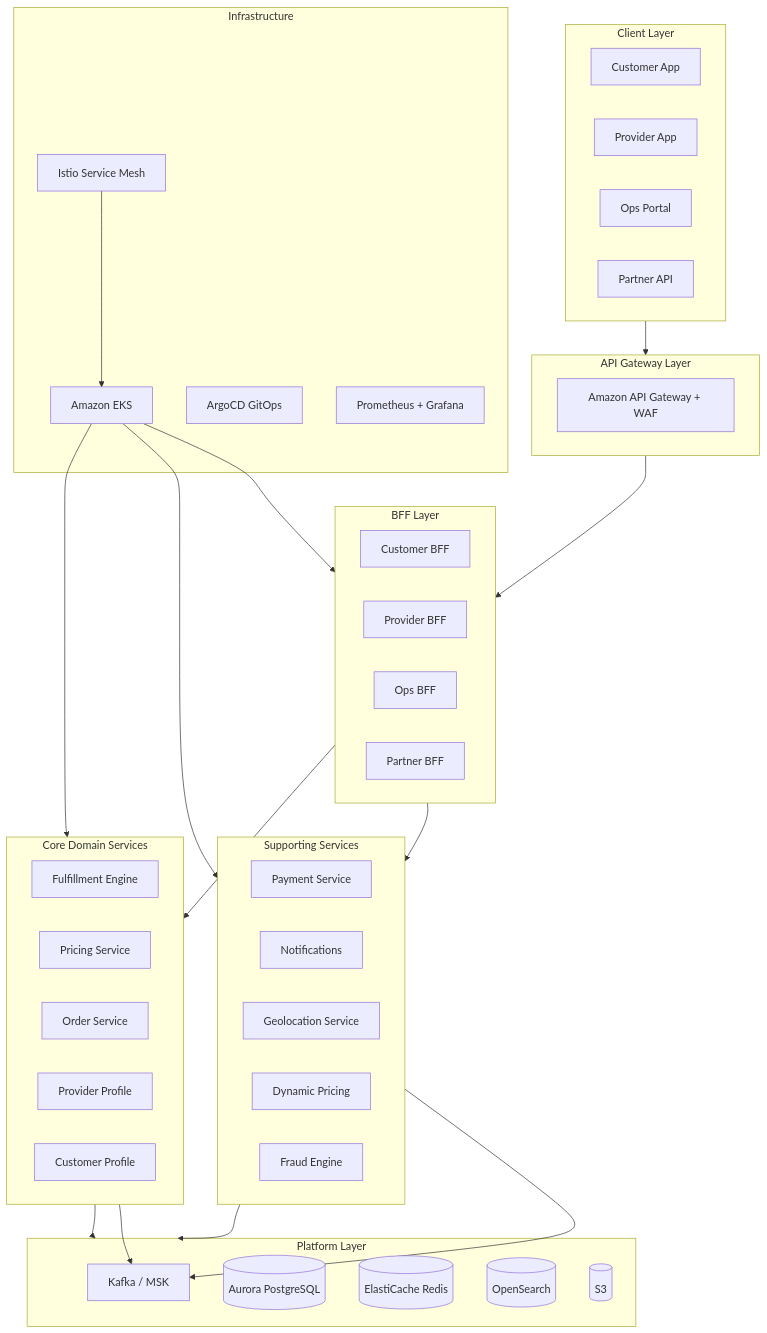
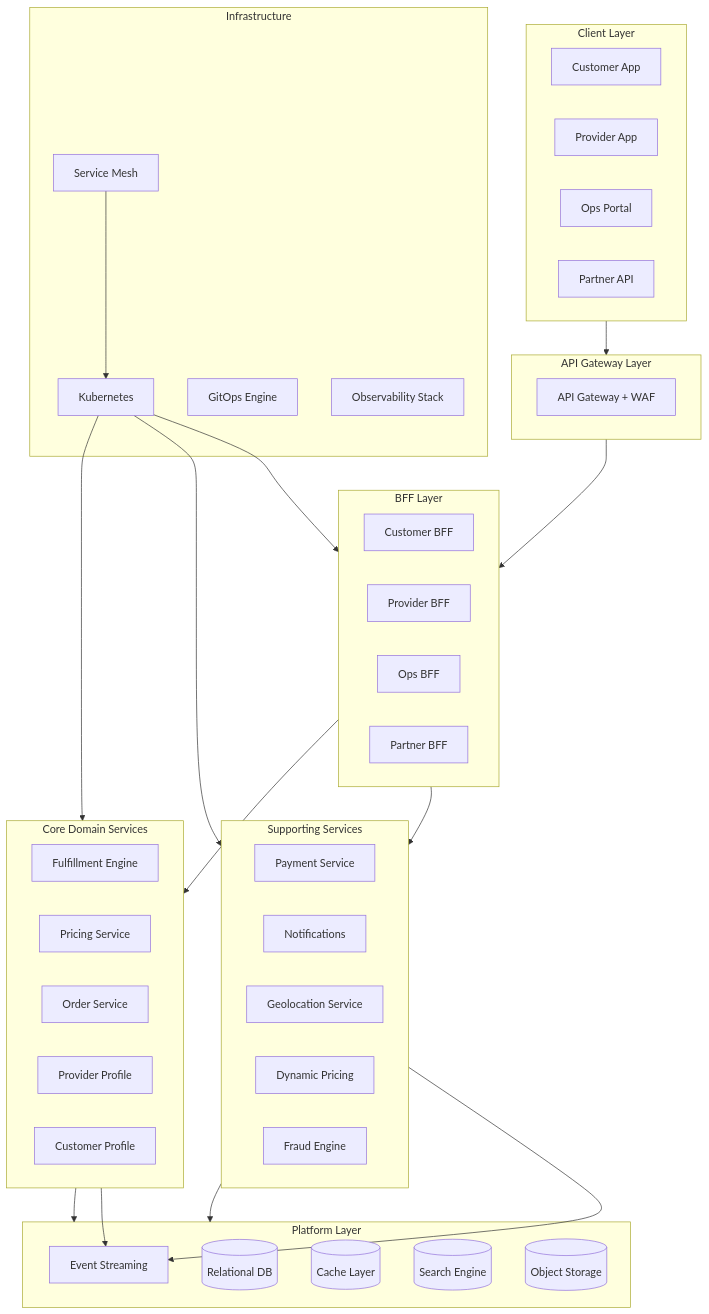
The first of 2 diagrams in README.md (rishikeshdhokare/platform-manifesto), drawn with Mermaid before and after one commit. The commit also changed other lines of this file and 64 other files, not shown here.

````diff
--- a/README.md
+++ b/README.md
@@ -139,64 +139,64 @@
 ```mermaid
 flowchart TB
     subgraph clients [Client Layer]
         CustomerApp[Customer App]
         ProviderApp[Provider App]
         OpsPortal[Ops Portal]
         PartnerAPI[Partner API]
     end
 
     subgraph gateway [API Gateway Layer]
-        APIGW[Amazon API Gateway + WAF]
+        APIGW[API Gateway + WAF]
     end
 
     subgraph bff [BFF Layer]
         CustomerBFF[Customer BFF]
         ProviderBFF[Provider BFF]
         OpsBFF[Ops BFF]
         PartnerBFF[Partner BFF]
     end
 
     subgraph core [Core Domain Services]
         Fulfillment[Fulfillment Engine]
         Pricing[Pricing Service]
         Orders[Order Service]
         ProviderProfile[Provider Profile]
         CustomerProfile[Customer Profile]
     end
 
     subgraph supporting [Supporting Services]
         Payments[Payment Service]
         Notifications[Notifications]
         Geolocation[Geolocation Service]
         DynamicPricing[Dynamic Pricing]
         Fraud[Fraud Engine]
     end
 
     subgraph platform [Platform Layer]
-        Kafka[Kafka / MSK]
-        Aurora[(Aurora PostgreSQL)]
-        Redis[(ElastiCache Redis)]
-        OpenSearch[(OpenSearch)]
-        S3[(S3)]
+        Kafka[Event Streaming]
+        Aurora[(Relational DB)]
+        Redis[(Cache Layer)]
+        OpenSearch[(Search Engine)]
+        S3[(Object Storage)]
     end
 
     subgraph infra [Infrastructure]
-        EKS[Amazon EKS]
-        Istio[Istio Service Mesh]
-        ArgoCD[ArgoCD GitOps]
-        Prometheus[Prometheus + Grafana]
+        K8s[Kubernetes]
+        Mesh[Service Mesh]
+        GitOps[GitOps Engine]
+        Observability[Observability Stack]
     end
 
     clients --> gateway
     gateway --> bff
     bff --> core
     bff --> supporting
     core --> platform
     supporting --> platform
     core --> Kafka
     supporting --> Kafka
-    EKS --> core
-    EKS --> supporting
-    EKS --> bff
-    Istio --> EKS
+    K8s --> core
+    K8s --> supporting
+    K8s --> bff
+    Mesh --> K8s
 ```
````
